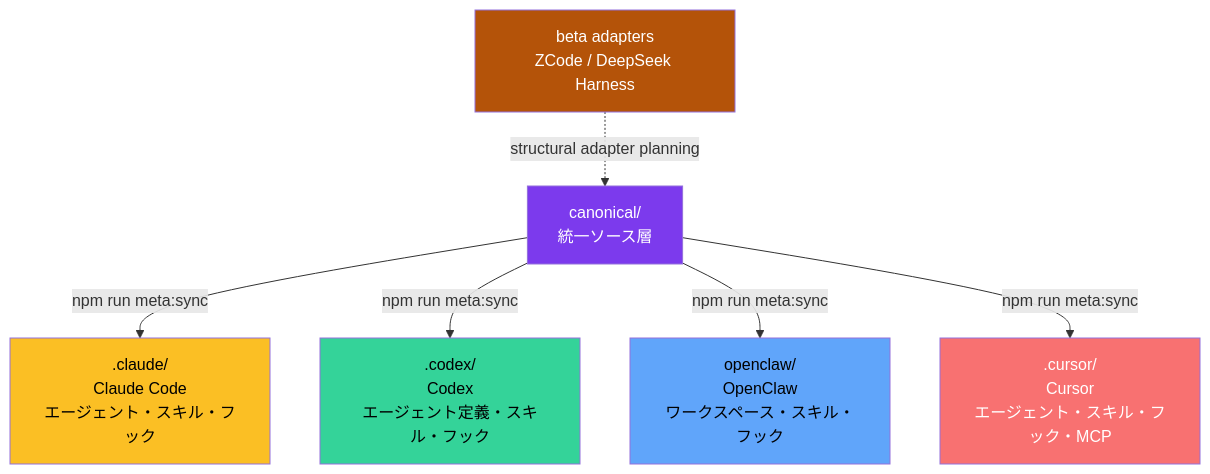
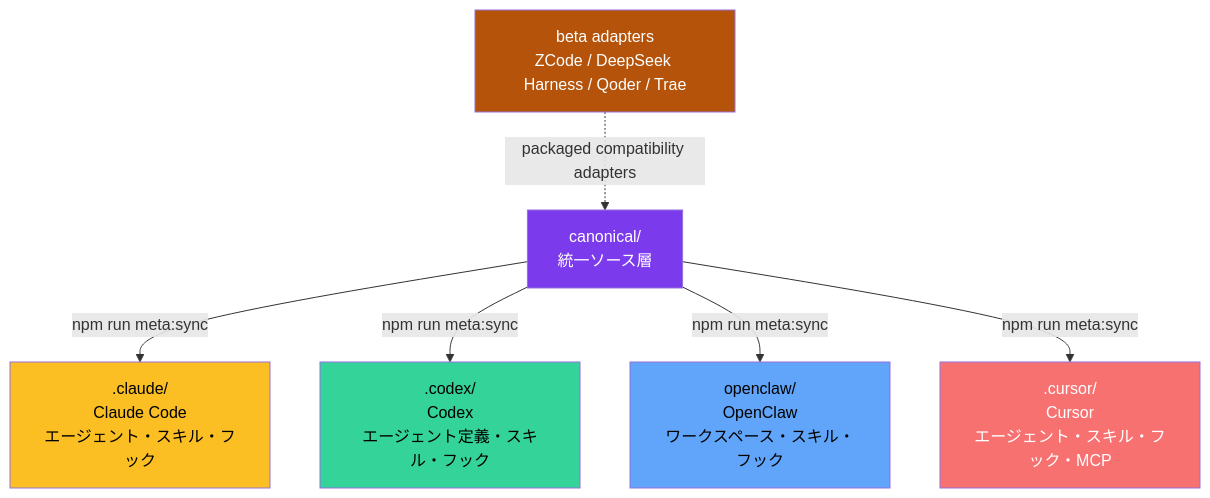
Before and after one commit to KimYx0207/Meta_Kim: the eighth of 9 diagrams in README.ja-JP.md, drawn with Mermaid. The commit also changed other lines of this file and 24 other files, not shown here.

Commit message:
feat: add Qoder and Trae beta adapters

````diff
--- a/README.ja-JP.md
+++ b/README.ja-JP.md
@@ -511,18 +513,18 @@
 ```mermaid
 flowchart TB
     CANONICAL["canonical/<br/>統一ソース層"]
 
     CANONICAL --> |npm run meta:sync| CLAUDE[".claude/<br/>Claude Code<br/>エージェント・スキル・フック"]
     CANONICAL --> |npm run meta:sync| CODEX[".codex/<br/>Codex<br/>エージェント定義・スキル・フック"]
     CANONICAL --> |npm run meta:sync| OPENCLAW["openclaw/<br/>OpenClaw<br/>ワークスペース・スキル・フック"]
     CANONICAL --> |npm run meta:sync| CURSOR[".cursor/<br/>Cursor<br/>エージェント・スキル・フック・MCP"]
 
-    BETA["beta adapters<br/>ZCode / DeepSeek Harness"] -.-> |structural adapter planning| CANONICAL
+    BETA["beta adapters<br/>ZCode / DeepSeek Harness / Qoder / Trae"] -.-> |packaged compatibility adapters| CANONICAL
 
     style CANONICAL fill:#7c3aed,color:#fff
     style CLAUDE fill:#fbbf24,color:#000
     style CODEX fill:#34d399,color:#000
     style OPENCLAW fill:#60a5fa,color:#000
     style CURSOR fill:#f87171,color:#fff
     style BETA fill:#b45309,color:#fff
 ```
````
